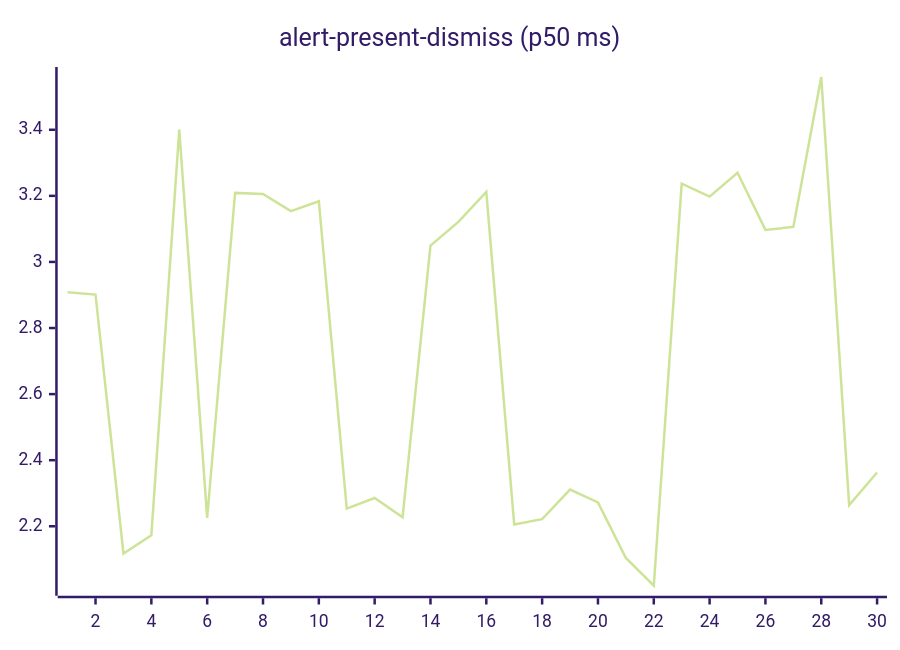
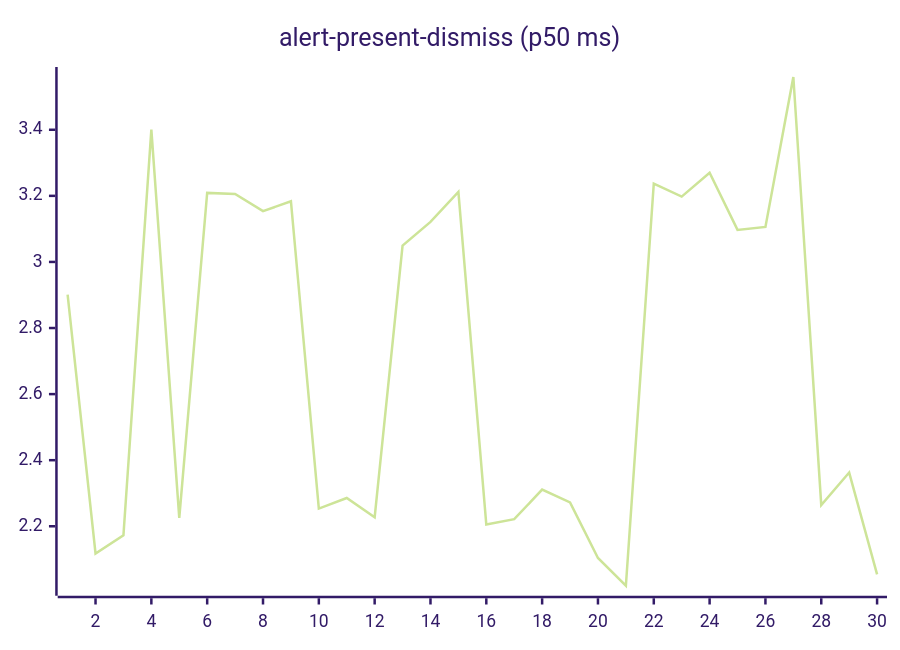
One commit to josha/Facet changed the second of 27 diagrams in README.md. Above: the diagram before and after it, drawn with Mermaid (forest theme). The commit also changed other lines of this file and 2 other files, not shown here.

````diff
--- a/README.md
+++ b/README.md
@@ -70,6 +70,6 @@
 ```mermaid
 xychart-beta
     title "alert-present-dismiss (p50 ms)"
     x-axis 1 --> 30
-    line [2.9085, 2.9011, 2.1177, 2.1729, 3.4006, 2.2253, 3.2090, 3.2058, 3.1536, 3.1837, 2.2536, 2.2857, 2.2272, 3.0496, 3.1212, 3.2117, 2.2054, 2.2216, 2.3109, 2.2722, 2.1040, 2.0200, 3.2371, 3.1976, 3.2697, 3.0970, 3.1061, 3.5597, 2.2642, 2.3626]
+    line [2.9011, 2.1177, 2.1729, 3.4006, 2.2253, 3.2090, 3.2058, 3.1536, 3.1837, 2.2536, 2.2857, 2.2272, 3.0496, 3.1212, 3.2117, 2.2054, 2.2216, 2.3109, 2.2722, 2.1040, 2.0200, 3.2371, 3.1976, 3.2697, 3.0970, 3.1061, 3.5597, 2.2642, 2.3626, 2.0543]
 ```
````
